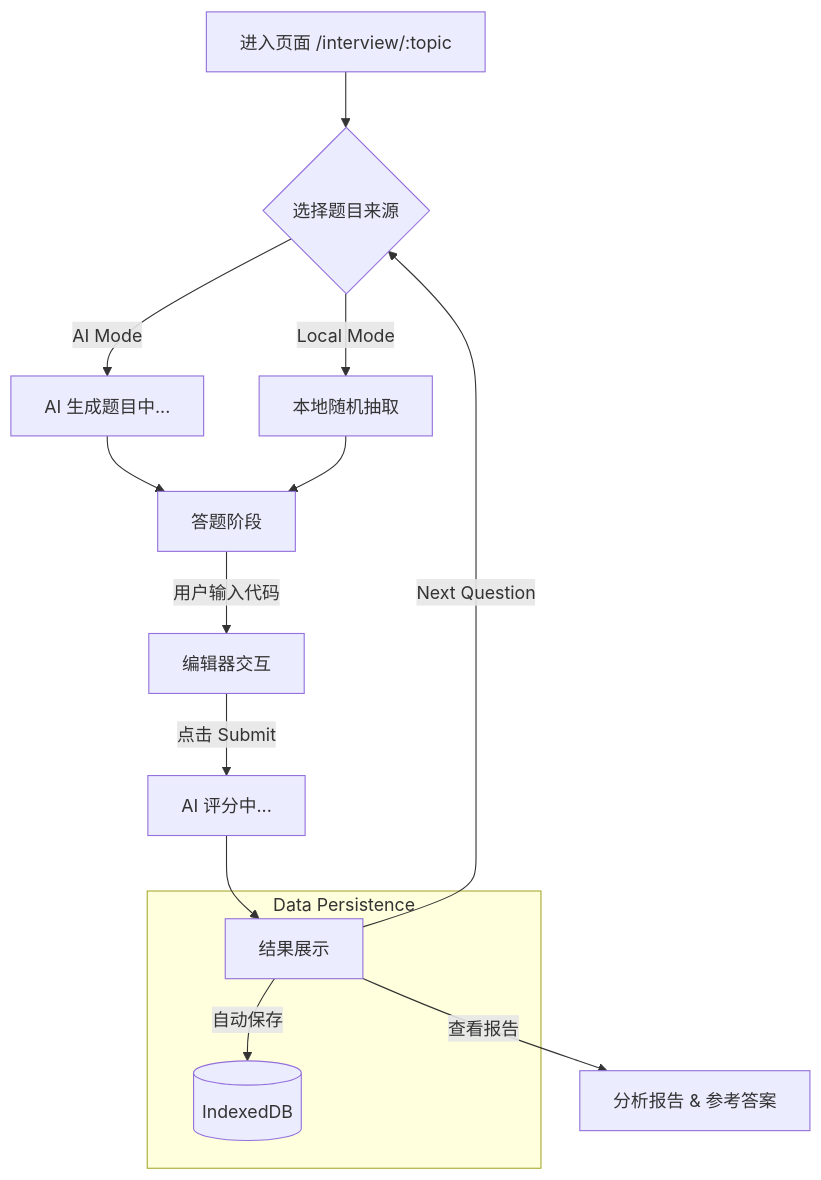
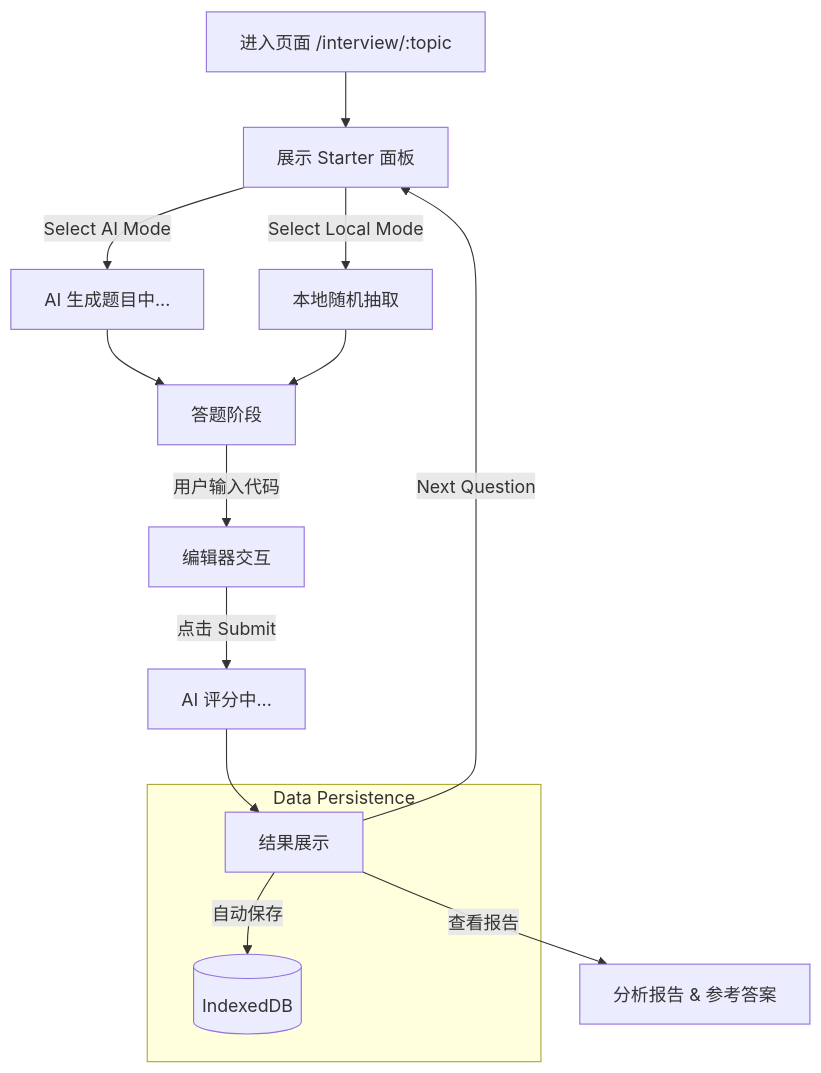
One commit to SkyesRol/Hooked-Interview changed the diagram in Intros/Interview.md. Above: the diagram before and after it, drawn with Mermaid. The commit also changed other lines of this file and 22 other files, not shown here.

````diff
--- a/Intros/Interview.md
+++ b/Intros/Interview.md
@@ -20,20 +20,20 @@
 ```mermaid
 graph TD
-    Start[进入页面 /interview/:topic] --> Init{选择题目来源}
-    Init -->|AI Mode| Loading[AI 生成题目中...]
-    Init -->|Local Mode| LocalFetch[本地随机抽取]
+    Start[进入页面 /interview/:topic] --> Init[展示 Starter 面板]
+    Init -->|Select AI Mode| Loading[AI 生成题目中...]
+    Init -->|Select Local Mode| LocalFetch[本地随机抽取]
     
     Loading --> Answering[答题阶段]
     LocalFetch --> Answering
     
     Answering -->|用户输入代码| Editor[编辑器交互]
     Editor -->|点击 Submit| Analyzing[AI 评分中...]
     
     Analyzing --> Result[结果展示]
     Result -->|查看报告| Report[分析报告 & 参考答案]
     Result -->|Next Question| Init
     
     subgraph Data Persistence
         Result -->|自动保存| DB[(IndexedDB)]
     end
 ```
````
